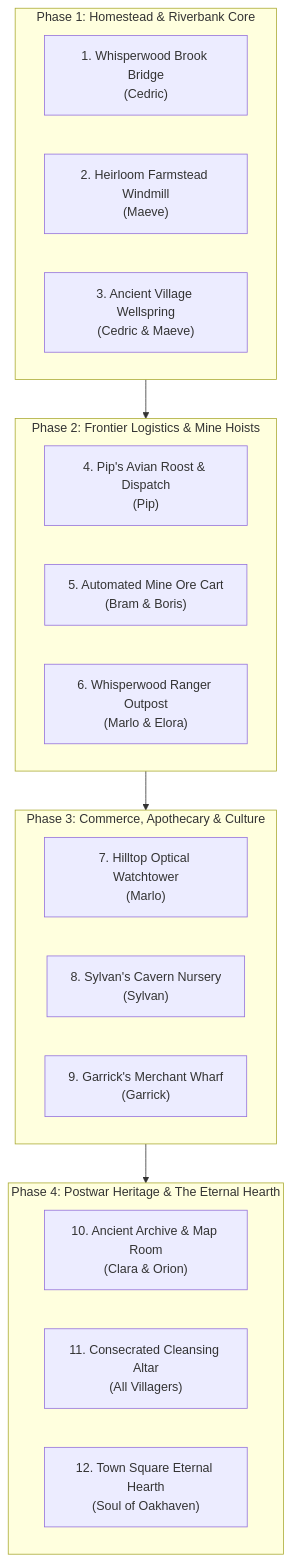
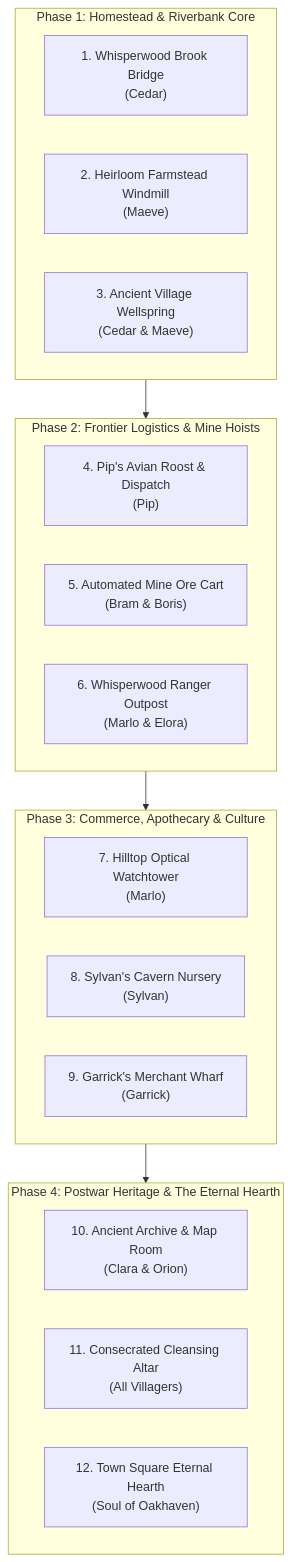
One commit to mquand/rowan-of-oakhaven-wiki changed the diagram in docs/en/town-restoration-guide.md. Above: the diagram before and after it, drawn with Mermaid. The commit also changed other lines of this file and 36 other files, not shown here.

````diff
--- a/docs/en/town-restoration-guide.md
+++ b/docs/en/town-restoration-guide.md
@@ -11,28 +11,28 @@
 ```mermaid
 flowchart TD
     subgraph G1["Phase 1: Homestead & Riverbank Core"]
-        P1["1. Whisperwood Brook Bridge<br/>(Cedric)"]
+        P1["1. Whisperwood Brook Bridge<br/>(Cedar)"]
         P2["2. Heirloom Farmstead Windmill<br/>(Maeve)"]
-        P3["3. Ancient Village Wellspring<br/>(Cedric & Maeve)"]
+        P3["3. Ancient Village Wellspring<br/>(Cedar & Maeve)"]
     end
 
     subgraph G2["Phase 2: Frontier Logistics & Mine Hoists"]
         P4["4. Pip's Avian Roost & Dispatch<br/>(Pip)"]
         P5["5. Automated Mine Ore Cart<br/>(Bram & Boris)"]
         P6["6. Whisperwood Ranger Outpost<br/>(Marlo & Elora)"]
     end
 
     subgraph G3["Phase 3: Commerce, Apothecary & Culture"]
         P7["7. Hilltop Optical Watchtower<br/>(Marlo)"]
         P8["8. Sylvan's Cavern Nursery<br/>(Sylvan)"]
         P9["9. Garrick's Merchant Wharf<br/>(Garrick)"]
     end
 
     subgraph G4["Phase 4: Postwar Heritage & The Eternal Hearth"]
         P10["10. Ancient Archive & Map Room<br/>(Clara & Orion)"]
         P11["11. Consecrated Cleansing Altar<br/>(All Villagers)"]
         P12["12. Town Square Eternal Hearth<br/>(Soul of Oakhaven)"]
     end
 
     G1 --> G2 --> G3 --> G4
 ```
````
